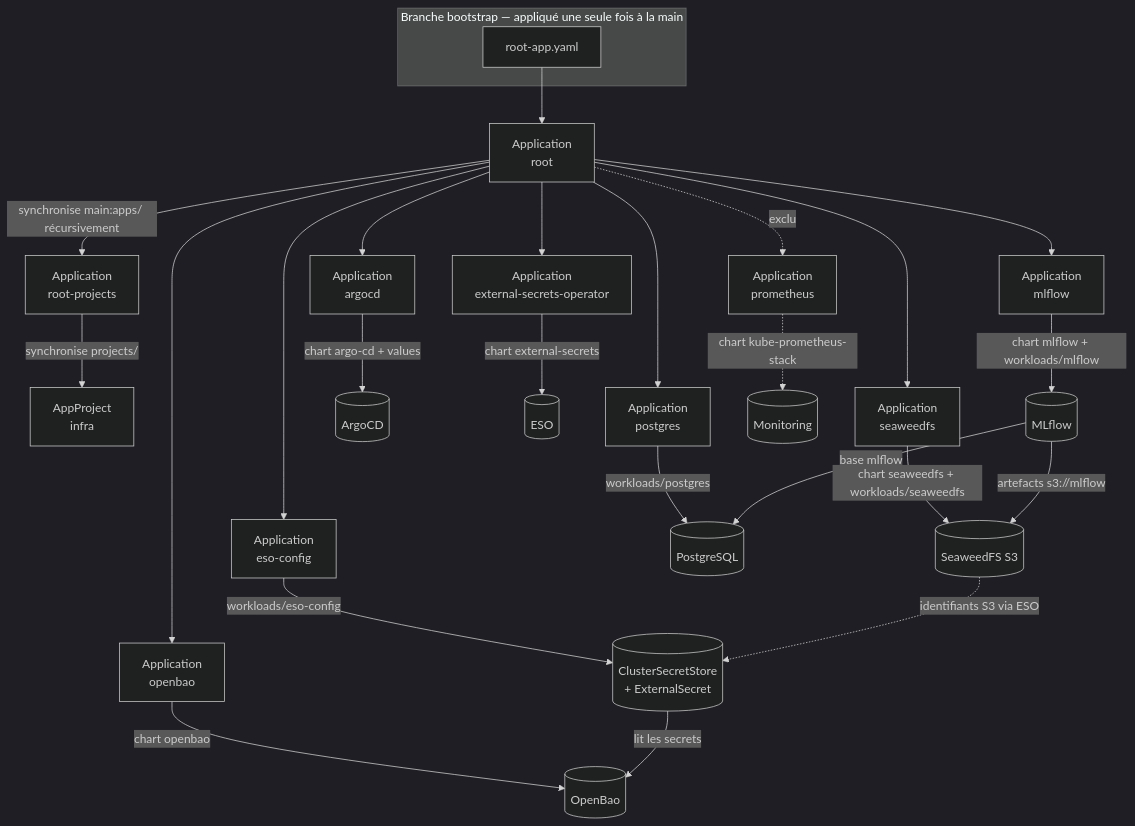
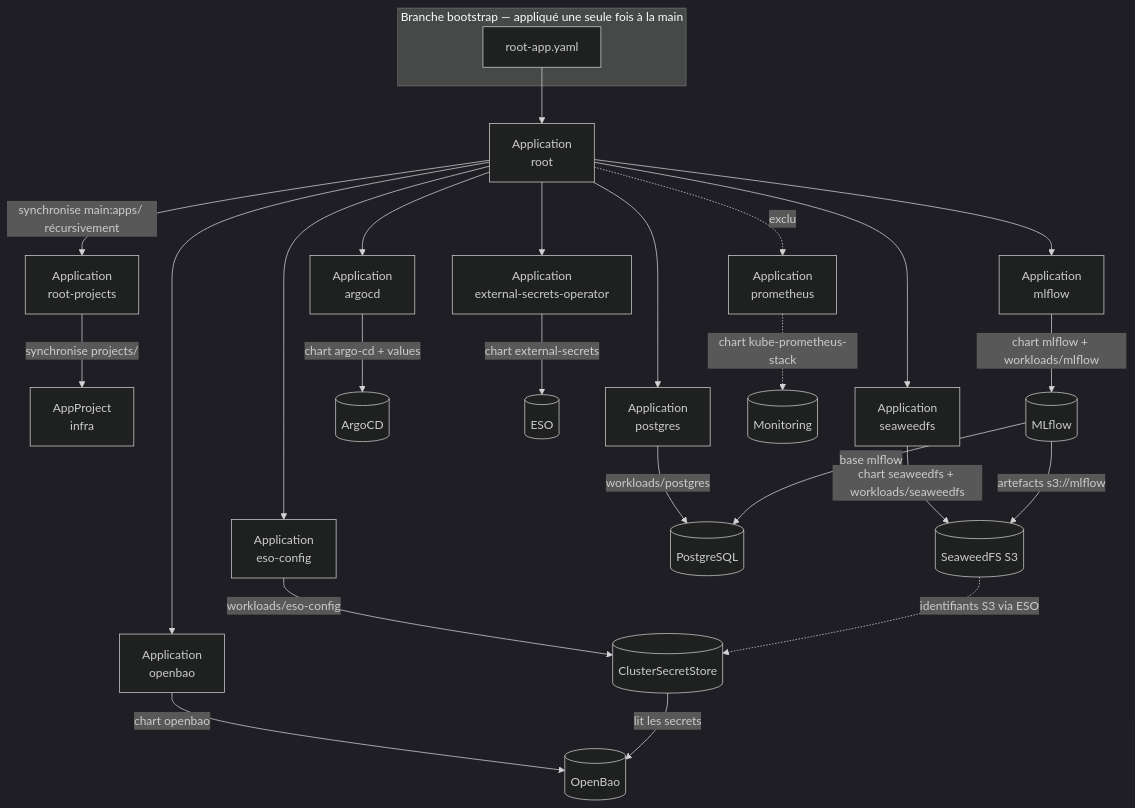
The diagram in README.md (jeanbaptiste-billaud/ArgoCD_Udemy), drawn with Mermaid (dark theme) before and after one commit. The commit also changed other lines of this file and 14 other files, not shown here.

First line of the commit message:
Split workloads into one resource per file, drop demo ExternalSecret

````diff
--- a/README.md
+++ b/README.md
@@ -46,34 +46,34 @@
 ```mermaid
 flowchart TD
     subgraph manuel["Branche bootstrap — appliqué une seule fois à la main"]
         RA[root-app.yaml]
     end
 
     RA --> ROOT[Application<br/>root]
 
     ROOT -->|synchronise main:apps/ récursivement| RP[Application<br/>root-projects]
     RP -->|synchronise projects/| PRJ[AppProject<br/>infra]
 
     ROOT --> ARGO[Application<br/>argocd]
     ROOT --> ESO[Application<br/>external-secrets-operator]
     ROOT --> ESOC[Application<br/>eso-config]
     ROOT --> BAO[Application<br/>openbao]
     ROOT --> SWFS[Application<br/>seaweedfs]
     ROOT --> PG[Application<br/>postgres]
     ROOT --> MLF[Application<br/>mlflow]
     ROOT -. exclu .-> PROM[Application<br/>prometheus]
 
     ARGO -->|chart argo-cd + values| ARGOCD[(ArgoCD)]
     ESO -->|chart external-secrets| ESOD[(ESO)]
-    ESOC -->|workloads/eso-config| CSS[(ClusterSecretStore<br/>+ ExternalSecret)]
+    ESOC -->|workloads/eso-config| CSS[(ClusterSecretStore)]
     BAO -->|chart openbao| BAOD[(OpenBao)]
     SWFS -->|chart seaweedfs + workloads/seaweedfs| SWFSD[(SeaweedFS S3)]
     PG -->|workloads/postgres| PGD[(PostgreSQL)]
     MLF -->|chart mlflow + workloads/mlflow| MLFD[(MLflow)]
     MLFD -->|base mlflow| PGD
     MLFD -->|artefacts s3://mlflow| SWFSD
     PROM -.->|chart kube-prometheus-stack| PROMD[(Monitoring)]
 
     CSS -->|lit les secrets| BAOD
     SWFSD -.->|identifiants S3 via ESO| CSS
 ```
````
